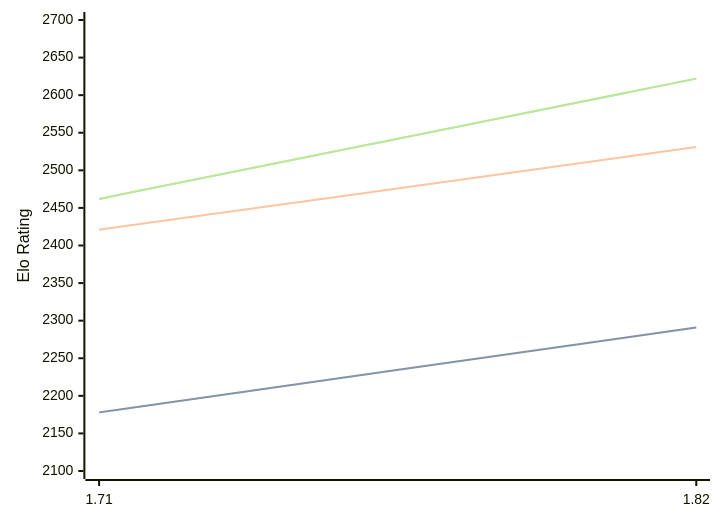
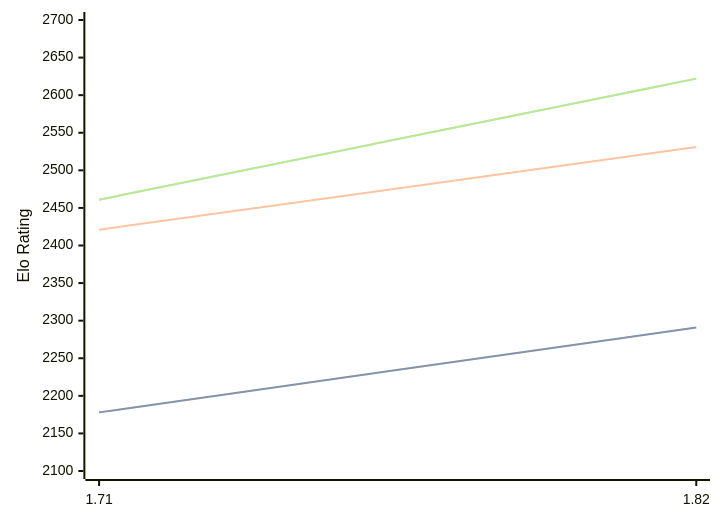
The first of 3 diagrams in engines/Amira.md (computer-chess-index/cci), drawn with Mermaid before and after one commit. The commit also changed other lines of this file, not shown here.

Commit message:
Update CCI Ratings (ELO VLTC) - 2026-07-06

````diff
--- a/engines/Amira.md
+++ b/engines/Amira.md
@@ -35,11 +35,11 @@
 ```mermaid
 %%{init: {"theme":"base","themeVariables":{"seriesColors:['#a3a3a3','#222221','#faa371']}}}%%
 xychart-beta
   x-axis ["1.71", "1.82"]
   y-axis "Elo Rating" 2100 --> 2700
   line "STC (8.0+0.08s)" [2178, 2291]
   line "STC (8.0+0.08s)" [2178, 2291]
   line "LTC (60.0+0.60s)" [2421, 2531]
-  line "VLTC (2m24s+1.12s)" [2462, 2622]
-  line "VLTC (2m24s+1.12s)" [2462, 2622]
+  line "VLTC (2m24s+1.12s)" [2461, 2622]
+  line "VLTC (2m24s+1.12s)" [2461, 2622]
 ```
````
